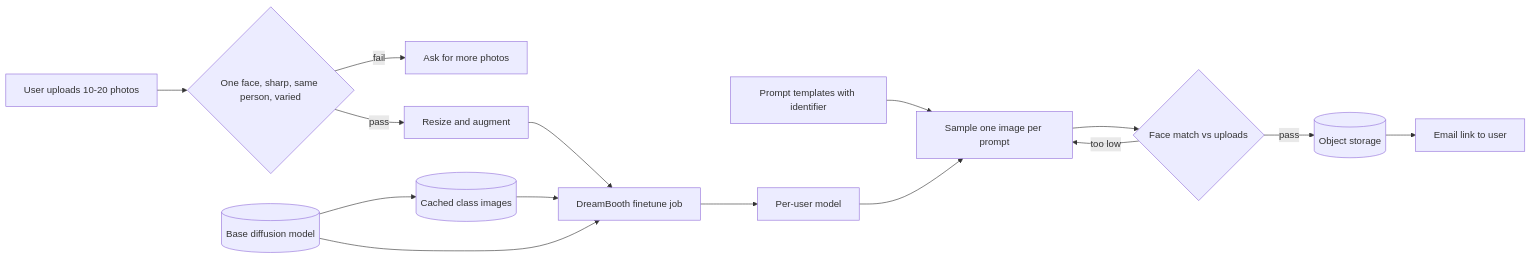
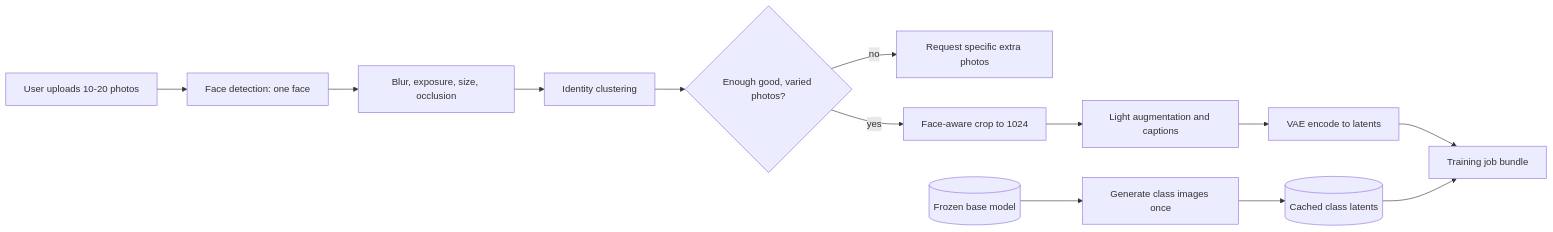
One commit to johklo/johklo.github.io changed the first of 5 diagrams in content/docs/tech/generative-ai-system-design-interview/10-personalized-headshot-generation.md. Above: the diagram before and after it, drawn with Mermaid. The commit also changed other lines of this file and 10 other files, not shown here.

````diff
--- a/content/docs/tech/generative-ai-system-design-interview/10-personalized-headshot-generation.md
+++ b/content/docs/tech/generative-ai-system-design-interview/10-personalized-headshot-generation.md
@@ -52,19 +88,17 @@
 ```mermaid
 flowchart LR
-    accTitle: Personalized headshot generation pipeline
-    accDescr: Uploaded photos pass quality and identity checks, are combined with cached generic class images to finetune a copy of the base diffusion model, then template prompts generate candidate headshots that a face-match filter accepts or sends back for regeneration before delivery by email.
-    U[User uploads 10-20 photos] --> V{One face, sharp, same person, varied}
-    V -- fail --> R[Ask for more photos]
-    V -- pass --> P[Resize and augment]
-    B[(Base diffusion model)] --> C[(Cached class images)]
-    P --> T[DreamBooth finetune job]
-    C --> T
-    B --> T
-    T --> M[Per-user model]
-    PT[Prompt templates with identifier] --> G[Sample one image per prompt]
-    M --> G
-    G --> F{Face match vs uploads}
-    F -- too low --> G
-    F -- pass --> S[(Object storage)]
-    S --> E[Email link to user]
+    accTitle: Upload validation and data preparation pipeline
+    accDescr: User photos pass face detection, quality checks and identity clustering; failing sets trigger a request for more photos; passing sets are cropped, augmented and encoded to latents, then joined with cached class latents generated once by the frozen base model.
+    UP["User uploads 10-20 photos"] --> FD["Face detection: one face"]
+    FD --> QH["Blur, exposure, size, occlusion"]
+    QH --> IC["Identity clustering"]
+    IC --> DV{"Enough good, varied photos?"}
+    DV -- no --> ASK["Request specific extra photos"]
+    DV -- yes --> CR["Face-aware crop to 1024"]
+    CR --> AUG["Light augmentation and captions"]
+    AUG --> ENC["VAE encode to latents"]
+    BASE[("Frozen base model")] --> CP["Generate class images once"]
+    CP --> CACHE[("Cached class latents")]
+    ENC --> JOB["Training job bundle"]
+    CACHE --> JOB
 ```
````
